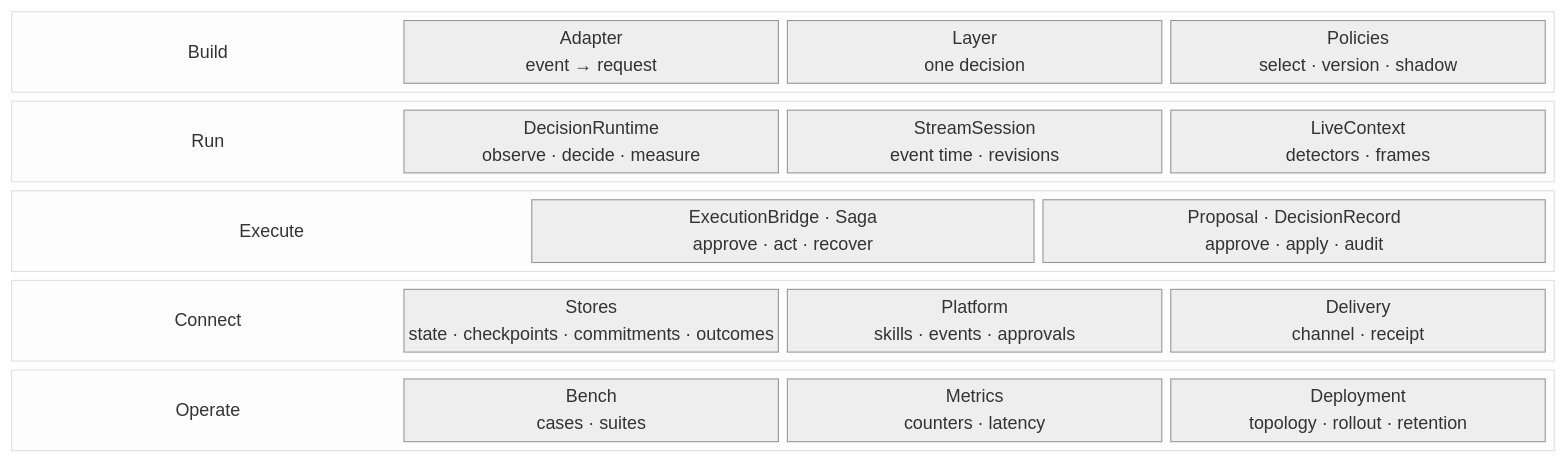
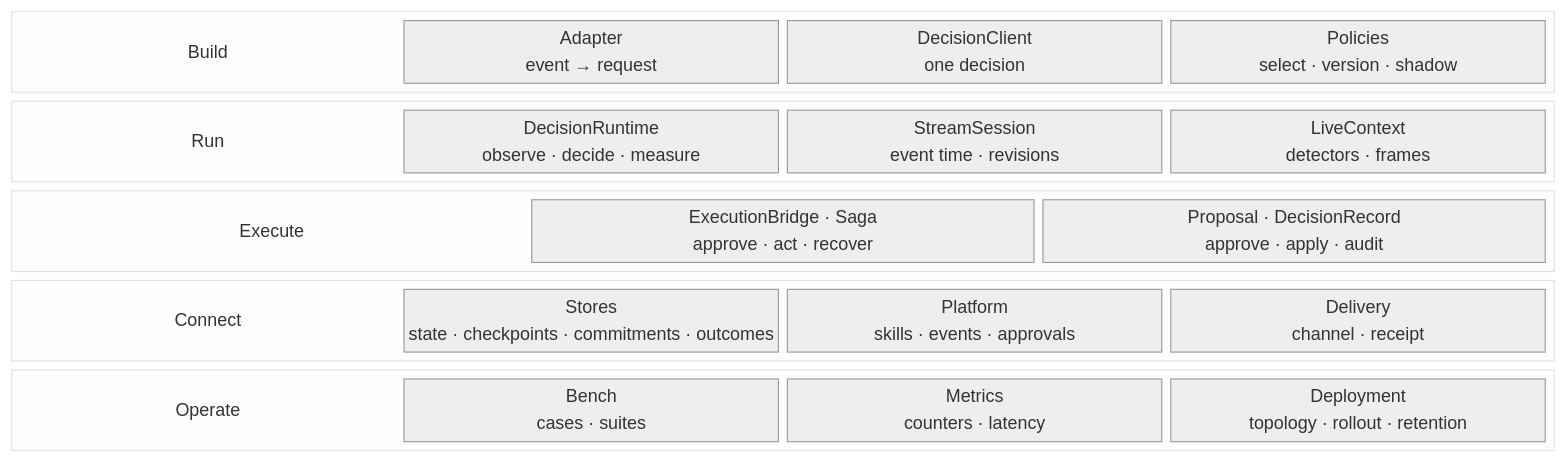
The diagram in docs/03-appkit/README.md (michaelatamuk/laix), drawn with Mermaid (neutral theme) before and after one commit. The commit also changed other lines of this file and 339 other files, not shown here.

````diff
--- a/docs/03-appkit/README.md
+++ b/docs/03-appkit/README.md
@@ -19,49 +19,49 @@
 ```mermaid
 block-beta
     columns 1
 
     block:build
         columns 4
         build_label["Build"]
         adapter["Adapter<br/>event → request"]
-        layer["Layer<br/>one decision"]
+        layer["DecisionClient<br/>one decision"]
         policies["Policies<br/>select · version · shadow"]
     end
 
     block:run
         columns 4
         run_label["Run"]
         runtime["DecisionRuntime<br/>observe · decide · measure"]
         stream["StreamSession<br/>event time · revisions"]
         live["LiveContext<br/>detectors · frames"]
     end
 
     block:execute
         columns 3
         execute_label["Execute"]
         execution["ExecutionBridge · Saga<br/>approve · act · recover"]
         records["Proposal · DecisionRecord<br/>approve · apply · audit"]
     end
 
     block:connect
         columns 4
         connect_label["Connect"]
         stores["Stores<br/>state · checkpoints · commitments · outcomes"]
         platform["Platform<br/>skills · events · approvals"]
         delivery["Delivery<br/>channel · receipt"]
     end
 
     block:operate
         columns 4
         operate_label["Operate"]
         bench["Bench<br/>cases · suites"]
         metrics["Metrics<br/>counters · latency"]
         deploy["Deployment<br/>topology · rollout · retention"]
     end
 
     style build_label fill:transparent,stroke:transparent,font-size:22px,font-weight:bold
     style run_label fill:transparent,stroke:transparent,font-size:14px,font-weight:bold
     style execute_label fill:transparent,stroke:transparent,font-size:14px,font-weight:bold
     style connect_label fill:transparent,stroke:transparent,font-size:14px,font-weight:bold
     style operate_label fill:transparent,stroke:transparent,font-size:14px,font-weight:bold
 ```
````
